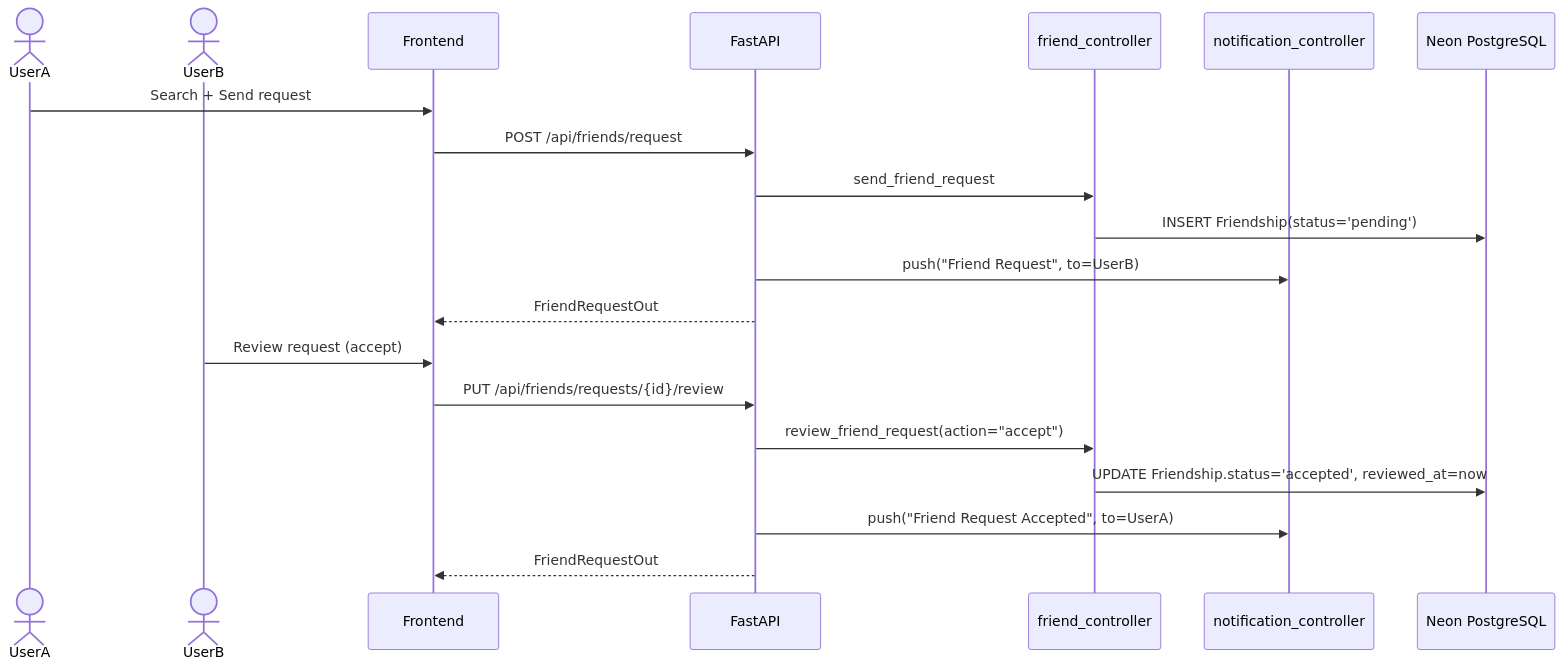
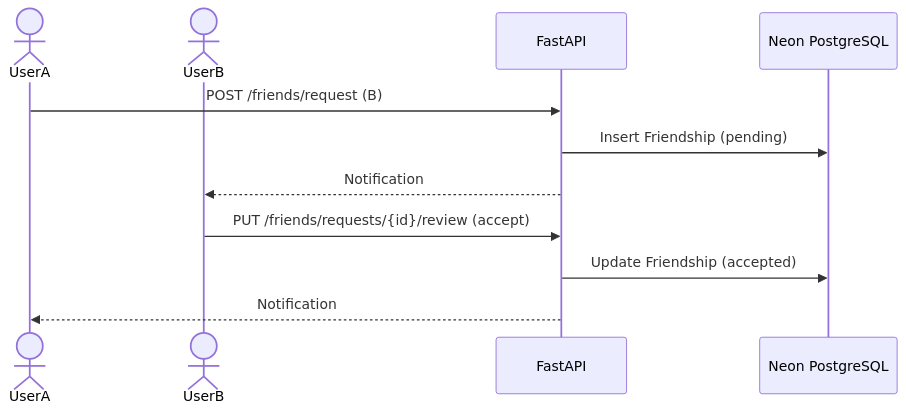
The fourth of 4 diagrams in docs/sprints/SPRINT_4.md (yazidha09/Hub4Learners), drawn with Mermaid before and after one commit. The commit also changed other lines of this file and 14 other files, not shown here.

````diff
--- a/docs/sprints/SPRINT_4.md
+++ b/docs/sprints/SPRINT_4.md
@@ -189,24 +145,15 @@
 ```mermaid
 sequenceDiagram
     actor UserA
     actor UserB
-    participant Frontend
-    participant FastAPI
-    participant FriendCtrl as friend_controller
-    participant Notif as notification_controller
+    participant API as FastAPI
     participant DB as Neon PostgreSQL
 
-    UserA->>Frontend: Search + Send request
-    Frontend->>FastAPI: POST /api/friends/request
-    FastAPI->>FriendCtrl: send_friend_request
-    FriendCtrl->>DB: INSERT Friendship(status='pending')
-    FastAPI->>Notif: push("Friend Request", to=UserB)
-    FastAPI-->>Frontend: FriendRequestOut
+    UserA->>API: POST /friends/request (B)
+    API->>DB: Insert Friendship (pending)
+    API-->>UserB: Notification
 
-    UserB->>Frontend: Review request (accept)
-    Frontend->>FastAPI: PUT /api/friends/requests/{id}/review
-    FastAPI->>FriendCtrl: review_friend_request(action="accept")
-    FriendCtrl->>DB: UPDATE Friendship.status='accepted', reviewed_at=now
-    FastAPI->>Notif: push("Friend Request Accepted", to=UserA)
-    FastAPI-->>Frontend: FriendRequestOut
+    UserB->>API: PUT /friends/requests/{id}/review (accept)
+    API->>DB: Update Friendship (accepted)
+    API-->>UserA: Notification
 ```
````
